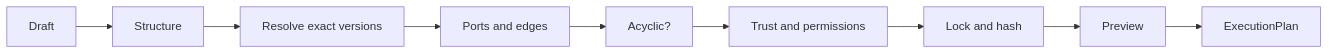
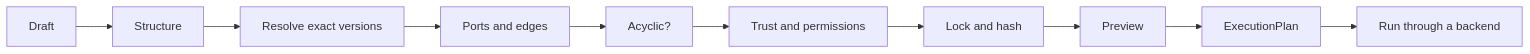
One commit to Neo-Pragnya/Ananke-Plexus changed the diagram in docs/guides/workflow-assembly.md. Above: the diagram before and after it, drawn with Mermaid. The commit also changed other lines of this file and 10 other files, not shown here.

First line of the commit message:
feat(assembly): run a previewed workflow through an agent backend (0.3.16) (#7)

````diff
--- a/docs/guides/workflow-assembly.md
+++ b/docs/guides/workflow-assembly.md
@@ -16,11 +12,12 @@
 ```mermaid
 flowchart LR
   D[Draft] --> S[Structure]
   S --> R[Resolve exact versions]
   R --> T[Ports and edges]
   T --> G[Acyclic?]
   G --> P[Trust and permissions]
   P --> L[Lock and hash]
   L --> V[Preview]
   V --> C[ExecutionPlan]
+  C --> X[Run through a backend]
 ```
````
